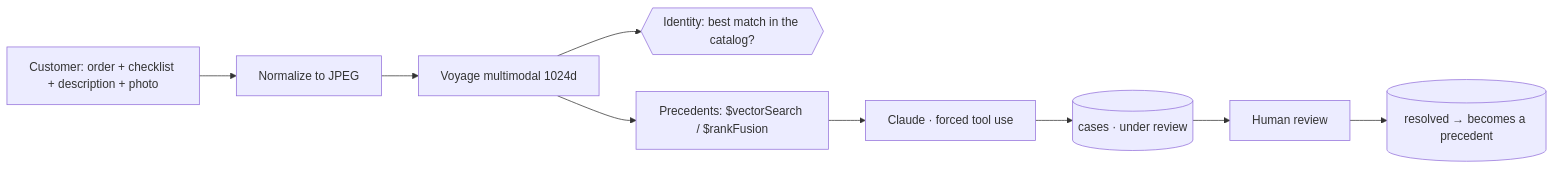
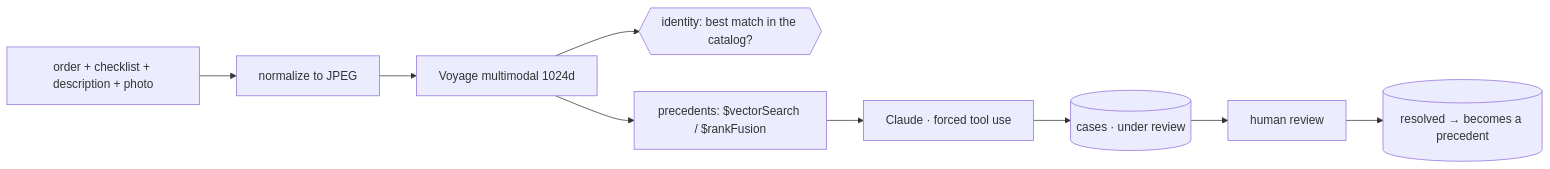
One commit to adrianofratelli-glitch/analise-garantia-multimodal changed the diagram in README.md. Above: the diagram before and after it, drawn with Mermaid. The commit also changed other lines of this file and 3 other files, not shown here.

````diff
--- a/README.md
+++ b/README.md
@@ -18,10 +25,10 @@
 ```mermaid
 flowchart LR
-    A[Customer: order + checklist + description + photo] --> B[Normalize to JPEG]
+    A[order + checklist + description + photo] --> B[normalize to JPEG]
     B --> C[Voyage multimodal 1024d]
-    C --> D{{"Identity: best match in the catalog?"}}
-    C --> E["Precedents: $vectorSearch / $rankFusion"]
+    C --> D{{"identity: best match in the catalog?"}}
+    C --> E["precedents: $vectorSearch / $rankFusion"]
     E --> F[Claude · forced tool use]
     F --> G[(cases · under review)]
-    G --> H[Human review] --> I[(resolved → becomes a precedent)]
+    G --> H[human review] --> I[(resolved → becomes a precedent)]
 ```
````
